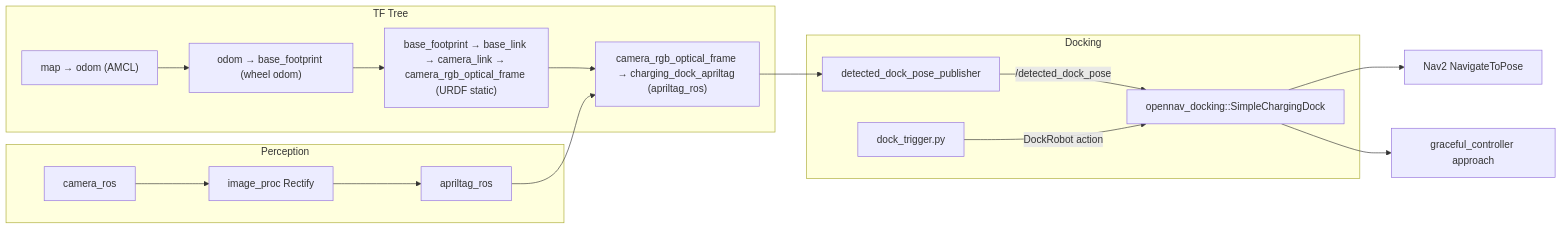
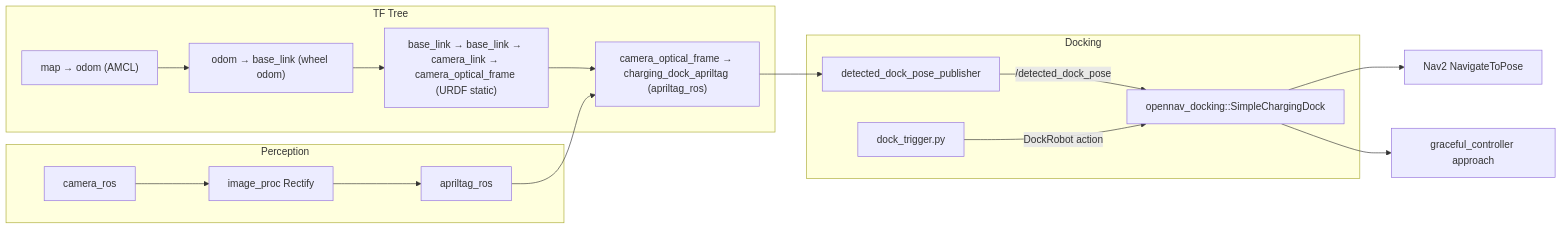
The first of 6 diagrams in ros2/src/openamrobot_docking/docs/10_diagrams.md (rajindulkar22/openamr-platform-sw), drawn with Mermaid before and after one commit. The commit also changed other lines of this file and 22 other files, not shown here.

````diff
--- a/ros2/src/openamrobot_docking/docs/10_diagrams.md
+++ b/ros2/src/openamrobot_docking/docs/10_diagrams.md
@@ -8,30 +8,30 @@
 ```mermaid
 graph LR
   subgraph SENSORS[Perception]
     CAM[camera_ros]
     RECT[image_proc Rectify]
     TAG[apriltag_ros]
     CAM --> RECT --> TAG
   end
 
   subgraph TF[TF Tree]
     LOC["map → odom (AMCL)"]
-    ODOM["odom → base_footprint (wheel odom)"]
-    URDF["base_footprint → base_link → camera_link → camera_rgb_optical_frame (URDF static)"]
-    TAGTF["camera_rgb_optical_frame → charging_dock_apriltag (apriltag_ros)"]
+    ODOM["odom → base_link (wheel odom)"]
+    URDF["base_link → base_link → camera_link → camera_optical_frame (URDF static)"]
+    TAGTF["camera_optical_frame → charging_dock_apriltag (apriltag_ros)"]
     LOC --> ODOM --> URDF --> TAGTF
   end
 
   subgraph DOCK[Docking]
     DET[detected_dock_pose_publisher]
     SERVER[opennav_docking::SimpleChargingDock]
     TRIG[dock_trigger.py]
   end
 
   TAG --> TAGTF
   TAGTF --> DET
   DET -->|/detected_dock_pose| SERVER
   TRIG -->|DockRobot action| SERVER
   SERVER --> NAV[Nav2 NavigateToPose]
   SERVER --> APP[graceful_controller approach]
 ```
````
